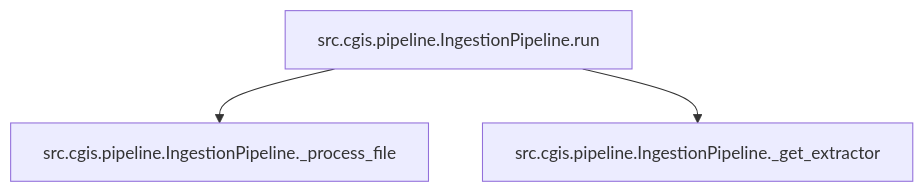
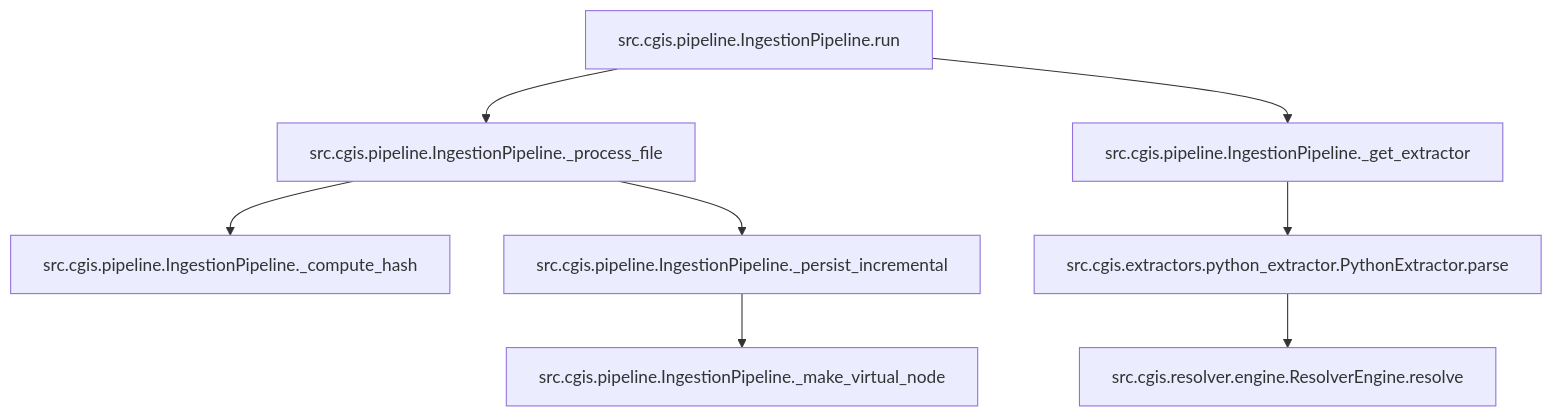
The diagram in docs/self-doc-portal/README.md (zaebee/codegraph-brain), drawn with Mermaid before and after one commit.

Commit message:
docs: expand graph with additional key nodes

````diff
--- a/docs/self-doc-portal/README.md
+++ b/docs/self-doc-portal/README.md
@@ -6,6 +6,11 @@
 ```mermaid
 
 graph TD
     src.cgis.pipeline.IngestionPipeline.run --> src.cgis.pipeline.IngestionPipeline._process_file
     src.cgis.pipeline.IngestionPipeline.run --> src.cgis.pipeline.IngestionPipeline._get_extractor
+    src.cgis.pipeline.IngestionPipeline._process_file --> src.cgis.pipeline.IngestionPipeline._compute_hash
+    src.cgis.pipeline.IngestionPipeline._process_file --> src.cgis.pipeline.IngestionPipeline._persist_incremental
+    src.cgis.pipeline.IngestionPipeline._persist_incremental --> src.cgis.pipeline.IngestionPipeline._make_virtual_node
+    src.cgis.pipeline.IngestionPipeline._get_extractor --> src.cgis.extractors.python_extractor.PythonExtractor.parse
+    src.cgis.extractors.python_extractor.PythonExtractor.parse --> src.cgis.resolver.engine.ResolverEngine.resolve
 ```
````
